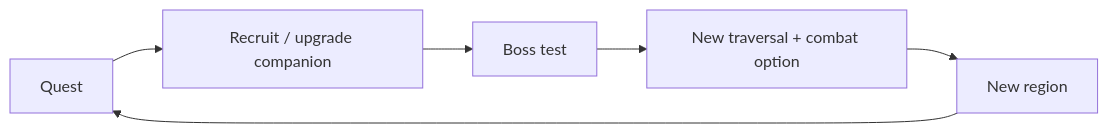
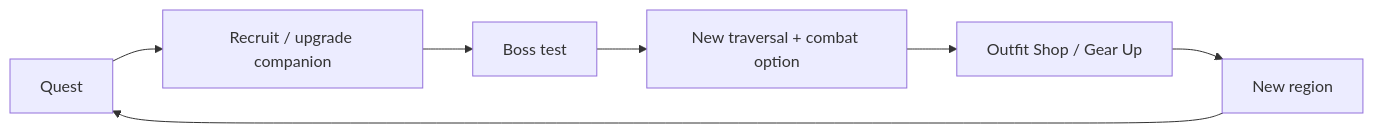
The second of 2 diagrams in 04 Systems/Core Loop.md (realdyl/obsidian-oz), drawn with Mermaid before and after one commit. The commit also changed other lines of this file and 3 other files, not shown here.

Commit message:
Implement adult-themed systems: Outfit Shop, Kinky Armaments, and Eros-driven economy

````diff
--- a/04 Systems/Core Loop.md
+++ b/04 Systems/Core Loop.md
@@ -46,8 +46,9 @@
 ```mermaid
 flowchart LR
   Q[Quest] --> C[Recruit / upgrade companion]
   C --> B[Boss test]
   B --> A[New traversal + combat option]
-  A --> R[New region]
+  A --> S[Outfit Shop / Gear Up]
+  S --> R[New region]
   R --> Q
 ```
````
